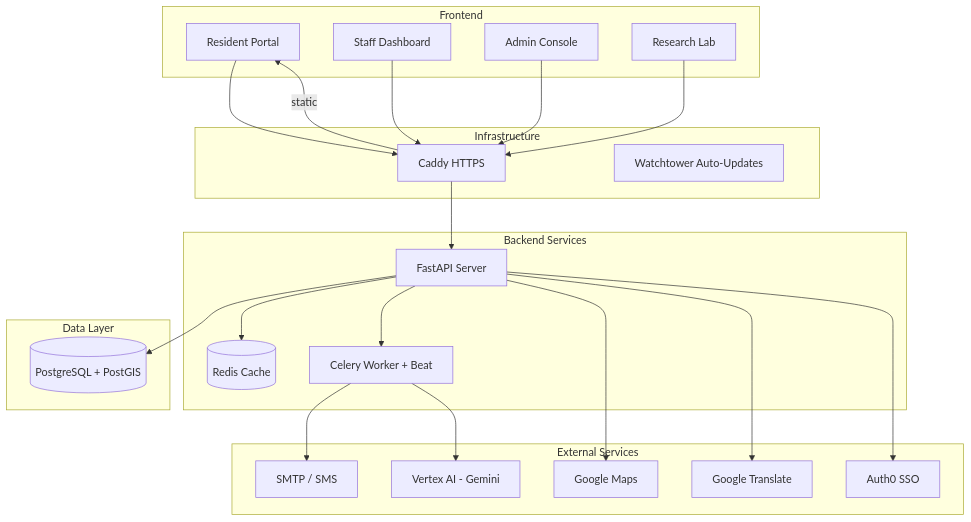
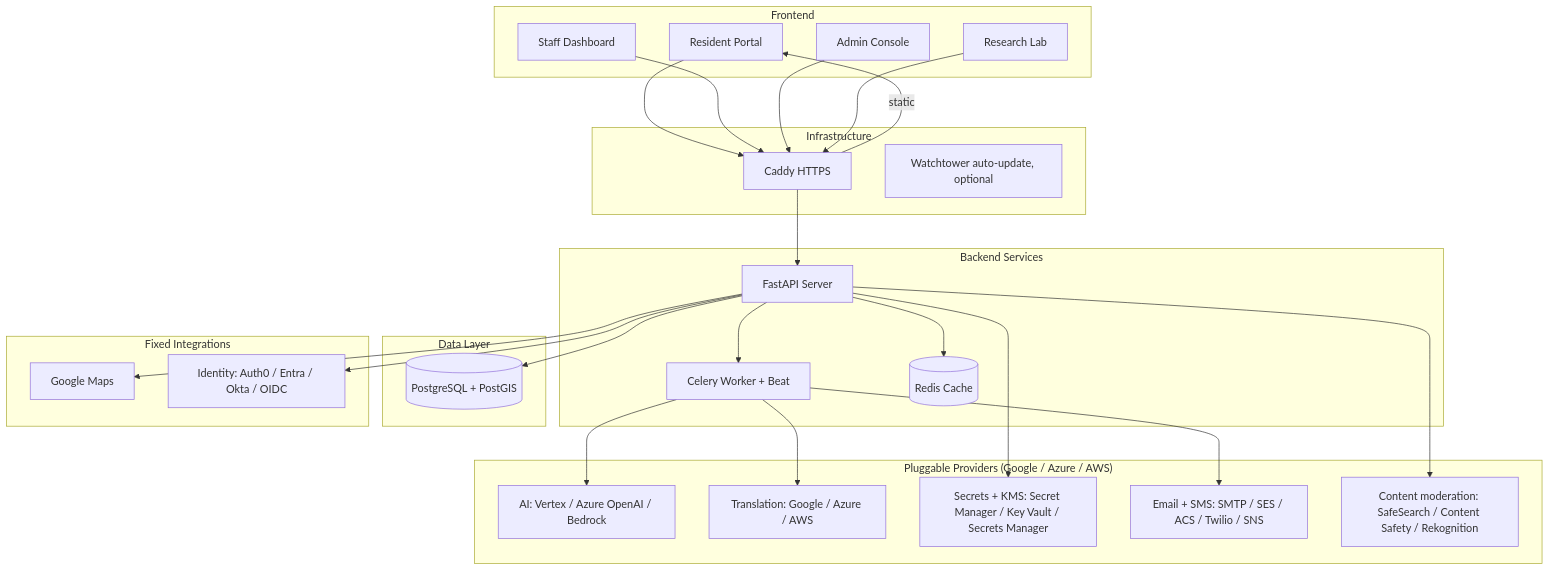
One commit to Pinpoint-311/Pinpoint-311 changed the first of 3 diagrams in README.md. Above: the diagram before and after it, drawn with Mermaid. The commit also changed other lines of this file, not shown here.

````diff
--- a/README.md
+++ b/README.md
@@ -140,50 +87,57 @@
 ```mermaid
 graph TB
     subgraph "Frontend"
         RP[Resident Portal]
         SP[Staff Dashboard]
         AC[Admin Console]
         RL[Research Lab]
     end
 
     subgraph "Backend Services"
         API[FastAPI Server]
         WK[Celery Worker + Beat]
         RD[(Redis Cache)]
     end
 
     subgraph "Data Layer"
         PG[(PostgreSQL + PostGIS)]
     end
 
     subgraph "Infrastructure"
         CD[Caddy HTTPS]
-        WT[Watchtower Auto-Updates]
+        WT[Watchtower auto-update, optional]
     end
 
-    subgraph "External Services"
-        VA[Vertex AI - Gemini]
+    subgraph "Pluggable Providers (Google / Azure / AWS)"
+        AI[AI: Vertex / Azure OpenAI / Bedrock]
+        TR[Translation: Google / Azure / AWS]
+        SEC[Secrets + KMS: Secret Manager / Key Vault / Secrets Manager]
+        MSG[Email + SMS: SMTP / SES / ACS / Twilio / SNS]
+        MOD[Content moderation: SafeSearch / Content Safety / Rekognition]
+    end
+
+    subgraph "Fixed Integrations"
         GM[Google Maps]
-        GT[Google Translate]
-        SM[SMTP / SMS]
-        A0[Auth0 SSO]
+        IDP[Identity: Auth0 / Entra / Okta / OIDC]
     end
 
     RP --> CD
     SP --> CD
     AC --> CD
     RL --> CD
     CD --> API
     CD --> |static| RP
 
     API --> PG
     API --> RD
     API --> WK
 
-    WK --> SM
-    WK --> VA
+    WK --> AI
+    WK --> TR
+    WK --> MSG
 
+    API --> SEC
+    API --> MOD
     API --> GM
-    API --> GT
-    API --> A0
+    API --> IDP
 ```
````
